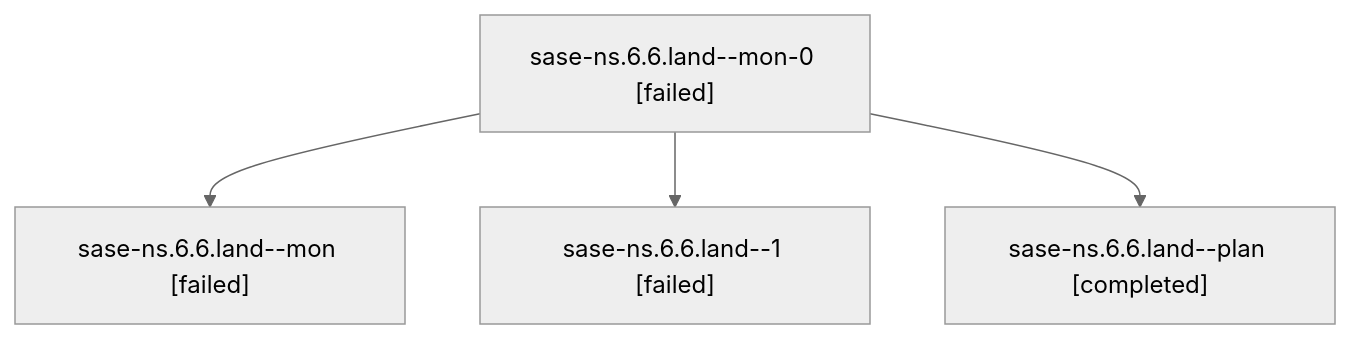
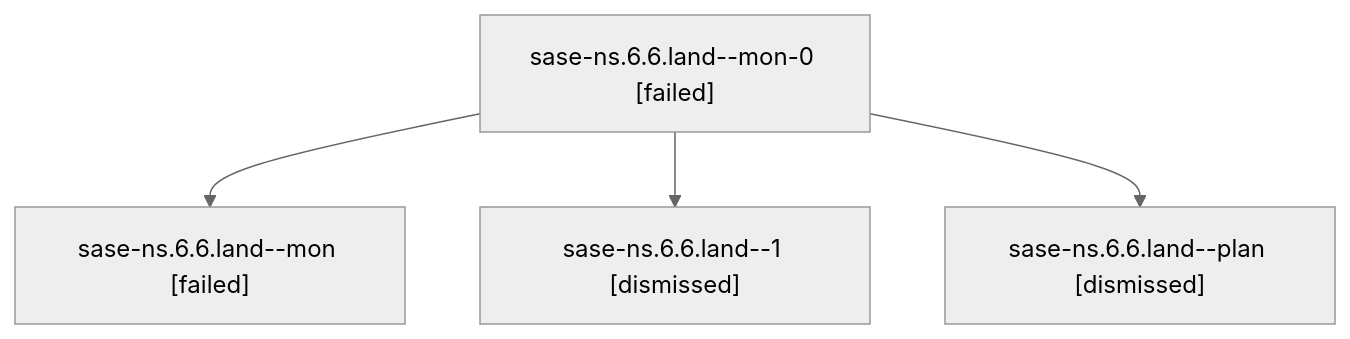
One commit to sase-org/sase--agents changed the diagram in families/bbugyi200.athena.sase-ns.6.6.land.md. Above: the diagram before and after it, drawn with Mermaid (neutral theme). The commit also changed other lines of this file and 179 other files, not shown here.

````diff
--- a/families/bbugyi200.athena.sase-ns.6.6.land.md
+++ b/families/bbugyi200.athena.sase-ns.6.6.land.md
@@ -9,10 +9,10 @@
 ```mermaid
 flowchart TD
   n0["sase-ns.6.6.land--mon-0 [failed]"]
   n1["sase-ns.6.6.land--mon [failed]"]
   n0 --> n1
-  n2["sase-ns.6.6.land--1 [failed]"]
+  n2["sase-ns.6.6.land--1 [dismissed]"]
   n0 --> n2
-  n3["sase-ns.6.6.land--plan [completed]"]
+  n3["sase-ns.6.6.land--plan [dismissed]"]
   n0 --> n3
 ```
````
